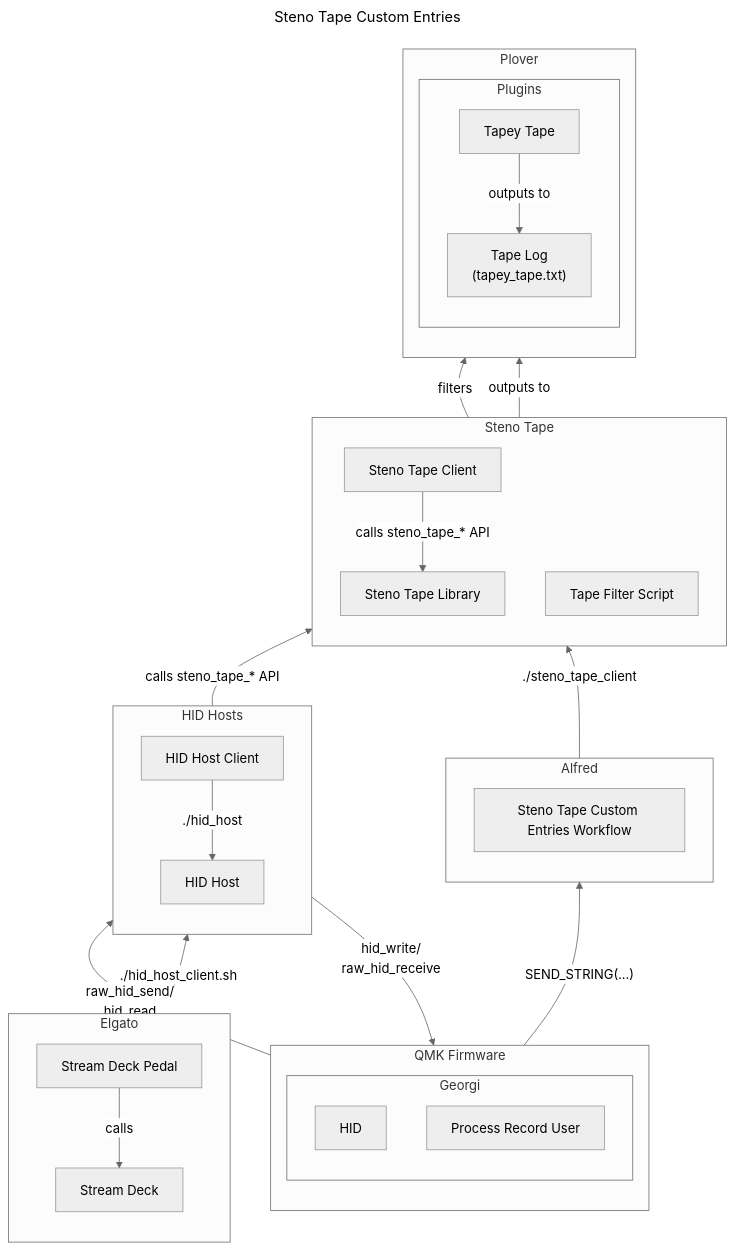
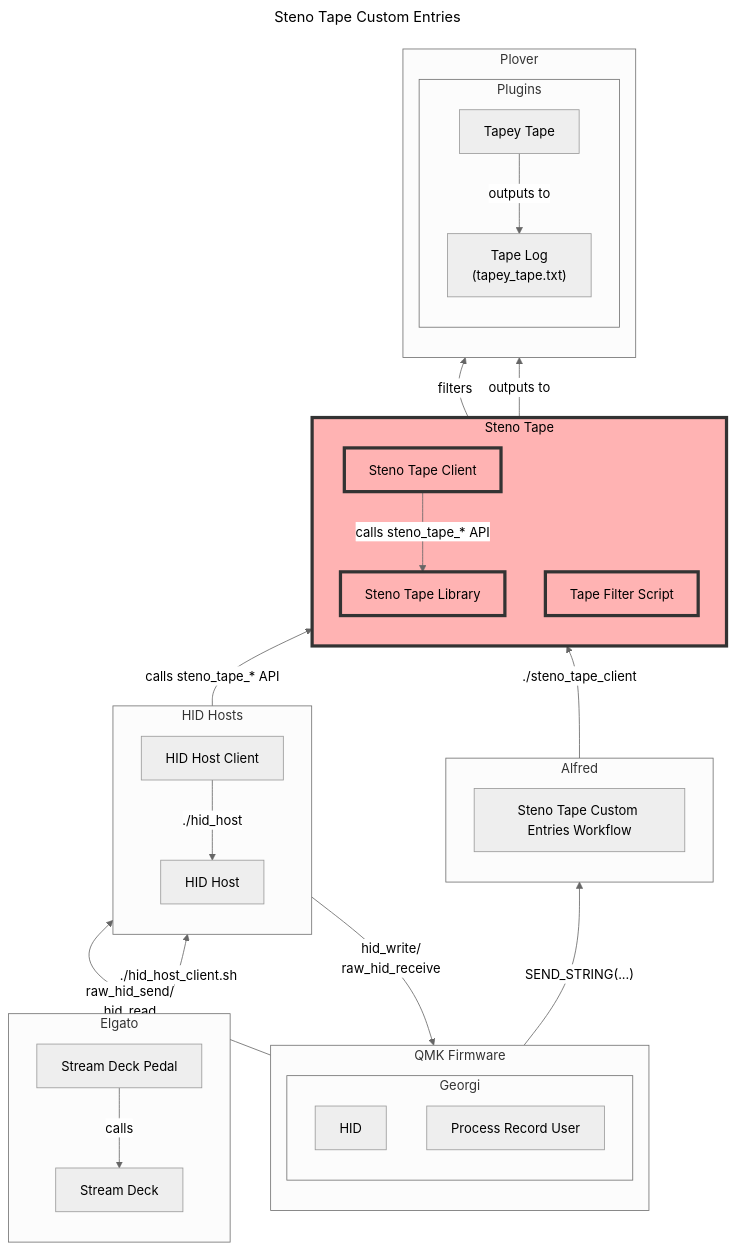
The diagram in README.md (paulfioravanti/steno_tape), drawn with Mermaid (neutral theme) before and after one commit.

Commit message:
Add current component color to diagram

```diff
--- a/README.md
+++ b/README.md
@@ -178,6 +178,8 @@
   TapeyTape[Tapey Tape]
   TapeLogFile["Tape Log\n(tapey_tape.txt)"]
   TapeFilterScript["Tape Filter Script"]
+
+  classDef current fill:#ffb3b3, stroke:#333, stroke-width:4px, color:black
 
   subgraph Alfred
     direction TB
@@ -214,10 +216,11 @@
 
   subgraph StenoTape["Steno Tape"]
     direction TB
-    StenoTapeLibrary
-    StenoTapeClient
-    TapeFilterScript
+    StenoTapeLibrary:::current
+    StenoTapeClient:::current
+    TapeFilterScript:::current
   end
+  class StenoTape current
 
   TapeyTape -- outputs to --> TapeLogFile
   TapeFilterScript -- filters --> TapeLogFile
```
